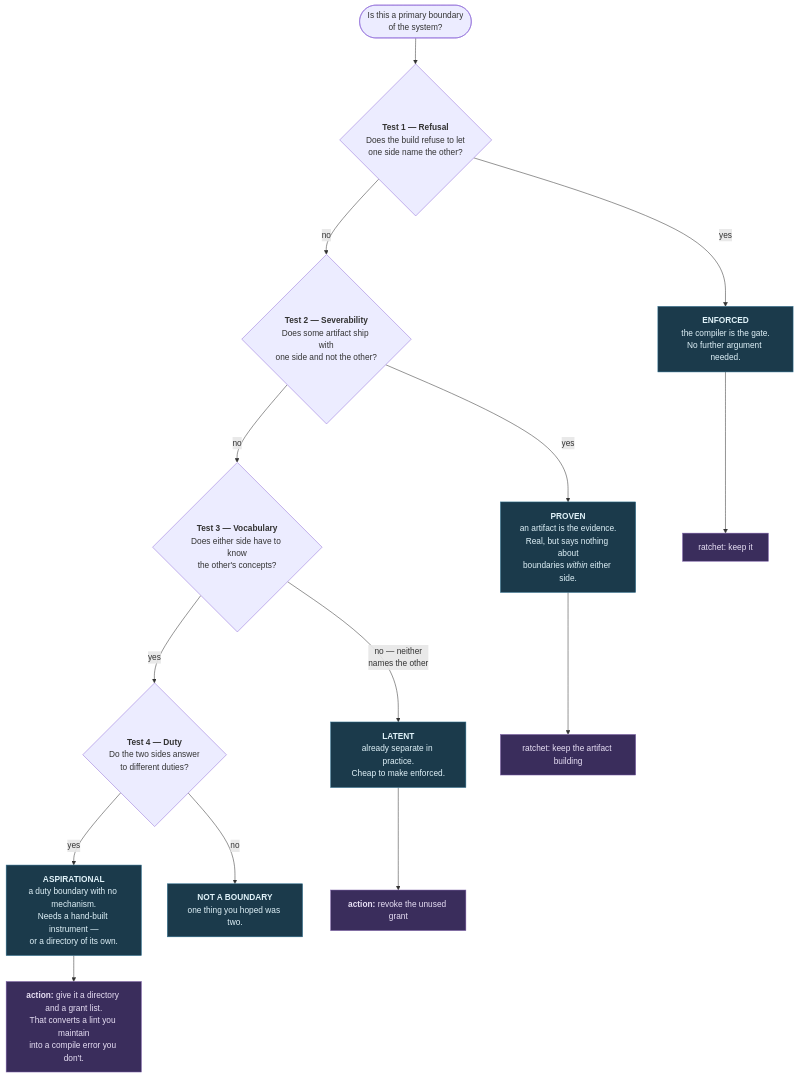
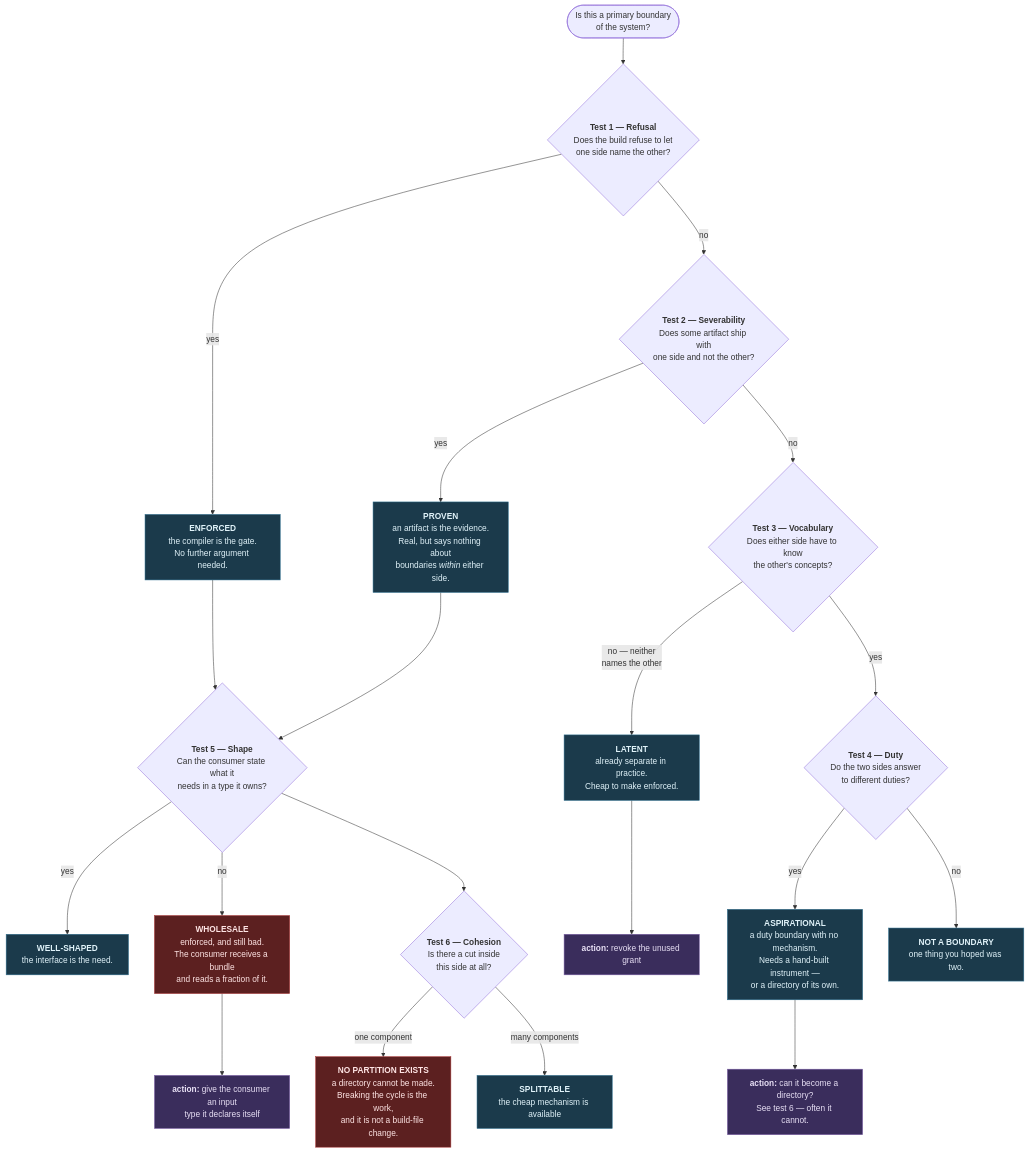
The first of 11 diagrams in docs/architecture/system-boundaries.md (apnex/OpenStarbound), drawn with Mermaid before and after one commit. The commit also changed other lines of this file and 3 other files, not shown here.

First line of the commit message:
docs(arch): a shape test, a cohesion test, and the recommendation they falsified

````diff
--- a/docs/architecture/system-boundaries.md
+++ b/docs/architecture/system-boundaries.md
@@ -24,28 +27,39 @@
 ```mermaid
 flowchart TD
   Q(["Is this a primary boundary<br/>of the system?"]) --> T1
 
   T1{"<b>Test 1 — Refusal</b><br/>Does the build refuse to let<br/>one side name the other?"}
   T2{"<b>Test 2 — Severability</b><br/>Does some artifact ship with<br/>one side and not the other?"}
   T3{"<b>Test 3 — Vocabulary</b><br/>Does either side have to know<br/>the other's concepts?"}
   T4{"<b>Test 4 — Duty</b><br/>Do the two sides answer<br/>to different duties?"}
 
   T1 -->|yes| E["<b>ENFORCED</b><br/>the compiler is the gate.<br/>No further argument needed."]
   T1 -->|no| T2
   T2 -->|yes| P["<b>PROVEN</b><br/>an artifact is the evidence.<br/>Real, but says nothing about<br/>boundaries <i>within</i> either side."]
   T2 -->|no| T3
   T3 -->|"no — neither<br/>names the other"| L["<b>LATENT</b><br/>already separate in practice.<br/>Cheap to make enforced."]
   T3 -->|yes| T4
   T4 -->|yes| A["<b>ASPIRATIONAL</b><br/>a duty boundary with no mechanism.<br/>Needs a hand-built instrument —<br/>or a directory of its own."]
   T4 -->|no| N["<b>NOT A BOUNDARY</b><br/>one thing you hoped was two."]
 
-  E --> R1["ratchet: keep it"]
-  P --> R2["ratchet: keep the artifact building"]
   L --> R3["<b>action:</b> revoke the unused grant"]
-  A --> R4["<b>action:</b> give it a directory and a grant list.<br/>That converts a lint you maintain<br/>into a compile error you don't."]
+  A --> R4["<b>action:</b> can it become a directory?<br/>See test 6 — often it cannot."]
+
+  E --> T5
+  P --> T5
+  T5{"<b>Test 5 — Shape</b><br/>Can the consumer state what it<br/>needs in a type it owns?"}
+  T5 -->|yes| W["<b>WELL-SHAPED</b><br/>the interface is the need."]
+  T5 -->|no| B["<b>WHOLESALE</b><br/>enforced, and still bad.<br/>The consumer receives a bundle<br/>and reads a fraction of it."]
+  B --> R5["<b>action:</b> give the consumer an input<br/>type it declares itself"]
+
+  T5 --> T6{"<b>Test 6 — Cohesion</b><br/>Is there a cut inside<br/>this side at all?"}
+  T6 -->|"one component"| C1["<b>NO PARTITION EXISTS</b><br/>a directory cannot be made.<br/>Breaking the cycle is the work,<br/>and it is not a build-file change."]
+  T6 -->|"many components"| C2["<b>SPLITTABLE</b><br/>the cheap mechanism is available"]
 
   classDef verdict fill:#1b3a4b,stroke:#2c6e8f,color:#e0f2f9
   classDef action fill:#3a2d5c,stroke:#7b5ea7,color:#e8e0f5
-  class E,P,L,A,N verdict
-  class R1,R2,R3,R4 action
+  classDef bad fill:#5c2020,stroke:#a33,color:#ffe5e5
+  class E,P,L,A,N,W,C2 verdict
+  class R3,R4,R5 action
+  class B,C1 bad
 ```
````
